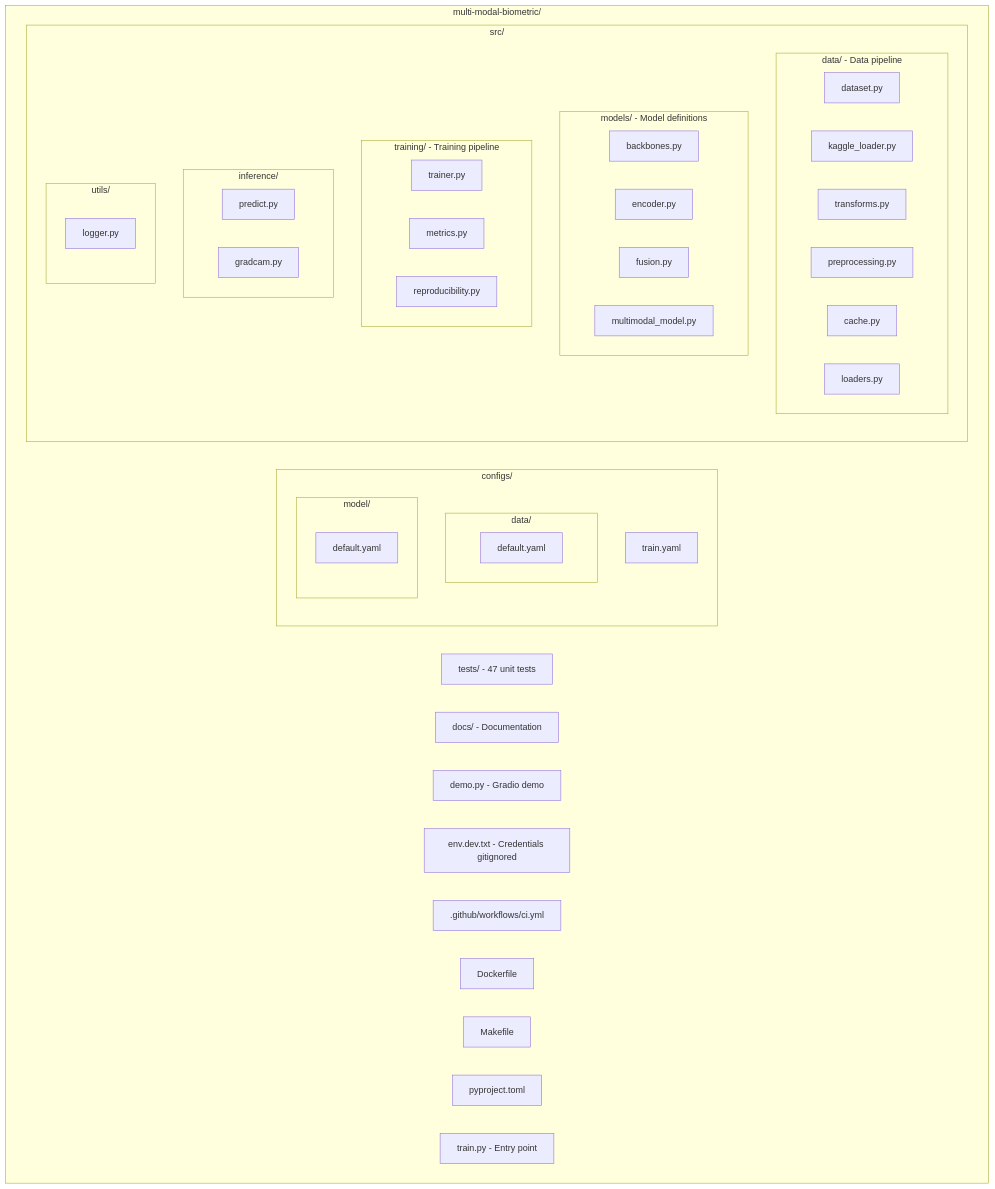
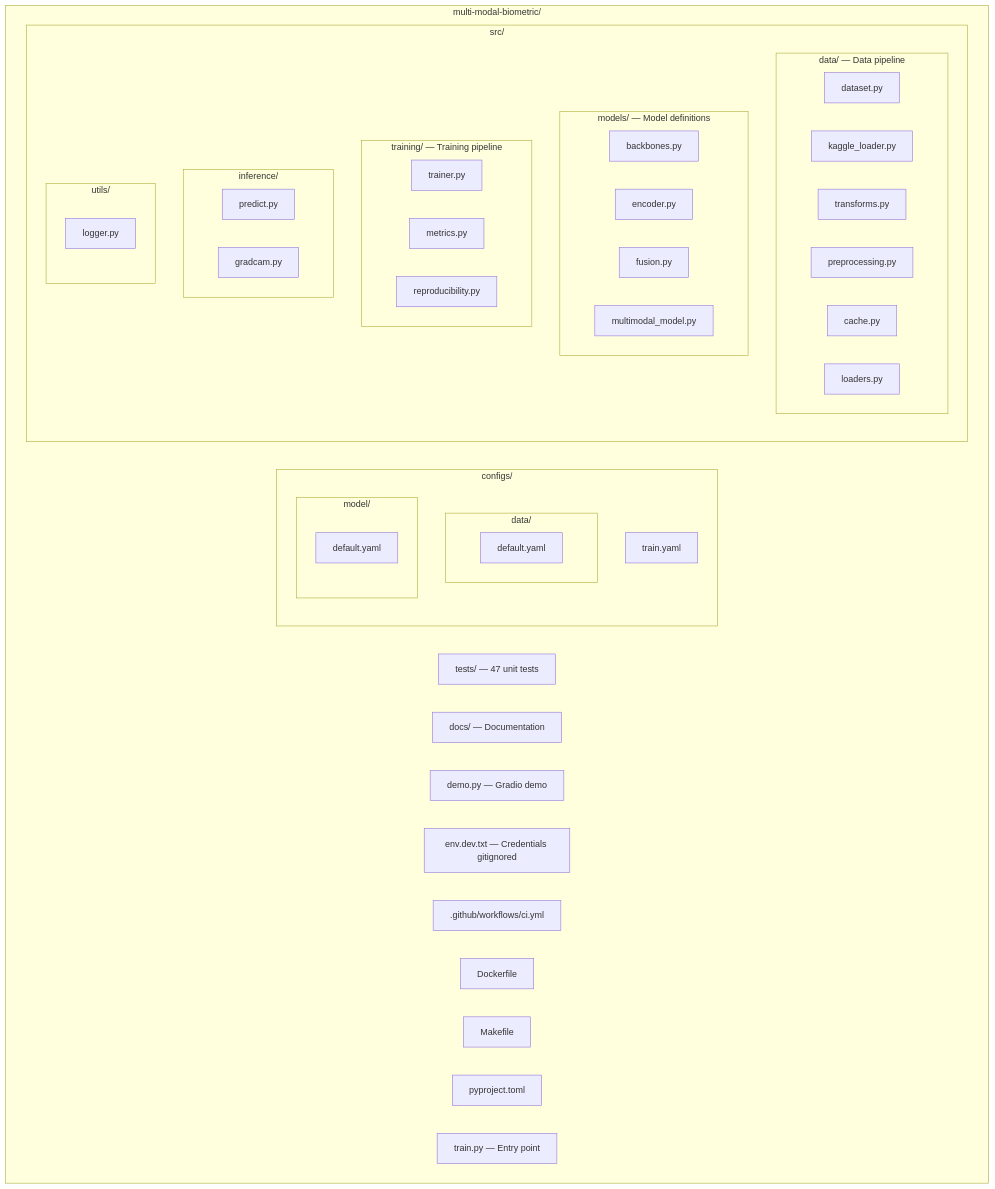
Before and after one commit to DurgaRath9/multi-modal-biometric: the second of 2 diagrams in README.md, drawn with Mermaid. The commit also changed other lines of this file and 3 other files, not shown here.

````diff
--- a/README.md
+++ b/README.md
@@ -77,52 +82,52 @@
 ```mermaid
 graph LR
     subgraph root["multi-modal-biometric/"]
         direction LR
         subgraph configs["configs/"]
             train_yaml[train.yaml]
             subgraph configs_data["data/"]
                 data_default[default.yaml]
             end
             subgraph configs_model["model/"]
                 model_default[default.yaml]
             end
         end
         subgraph src["src/"]
-            subgraph data_mod["data/ - Data pipeline"]
+            subgraph data_mod["data/ — Data pipeline"]
                 dataset_py[dataset.py]
                 kaggle_loader_py[kaggle_loader.py]
                 transforms_py[transforms.py]
                 preprocessing_py[preprocessing.py]
                 cache_py[cache.py]
                 loaders_py[loaders.py]
             end
-            subgraph models_mod["models/ - Model definitions"]
+            subgraph models_mod["models/ — Model definitions"]
                 backbones_py[backbones.py]
                 encoder_py[encoder.py]
                 fusion_py[fusion.py]
                 mm_model_py[multimodal_model.py]
             end
-            subgraph training_mod["training/ - Training pipeline"]
+            subgraph training_mod["training/ — Training pipeline"]
                 trainer_py[trainer.py]
                 metrics_py[metrics.py]
                 repro_py[reproducibility.py]
             end
             subgraph inference_mod["inference/"]
                 predict_py[predict.py]
                 gradcam_py[gradcam.py]
             end
             subgraph utils_mod["utils/"]
                 logger_py[logger.py]
             end
         end
-        tests["tests/ - 47 unit tests"]
-        docs["docs/ - Documentation"]
-        demo[demo.py - Gradio demo]
-        env[env.dev.txt - Credentials gitignored]
+        tests["tests/ — 47 unit tests"]
+        docs["docs/ — Documentation"]
+        demo[demo.py — Gradio demo]
+        env[env.dev.txt — Credentials gitignored]
         ci[".github/workflows/ci.yml"]
         dockerfile[Dockerfile]
         makefile[Makefile]
         pyproject[pyproject.toml]
-        train_entry[train.py - Entry point]
+        train_entry[train.py — Entry point]
     end
 ```
````
